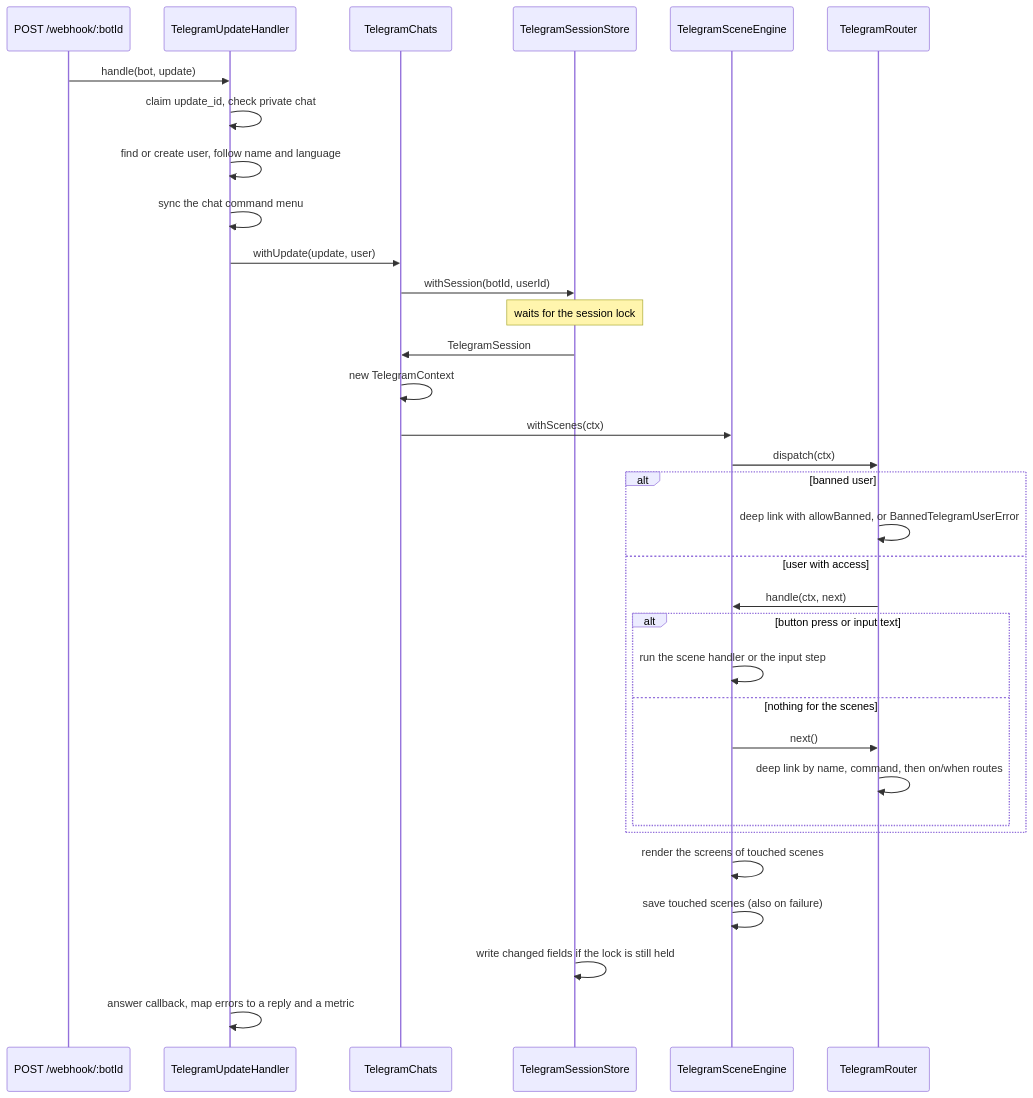
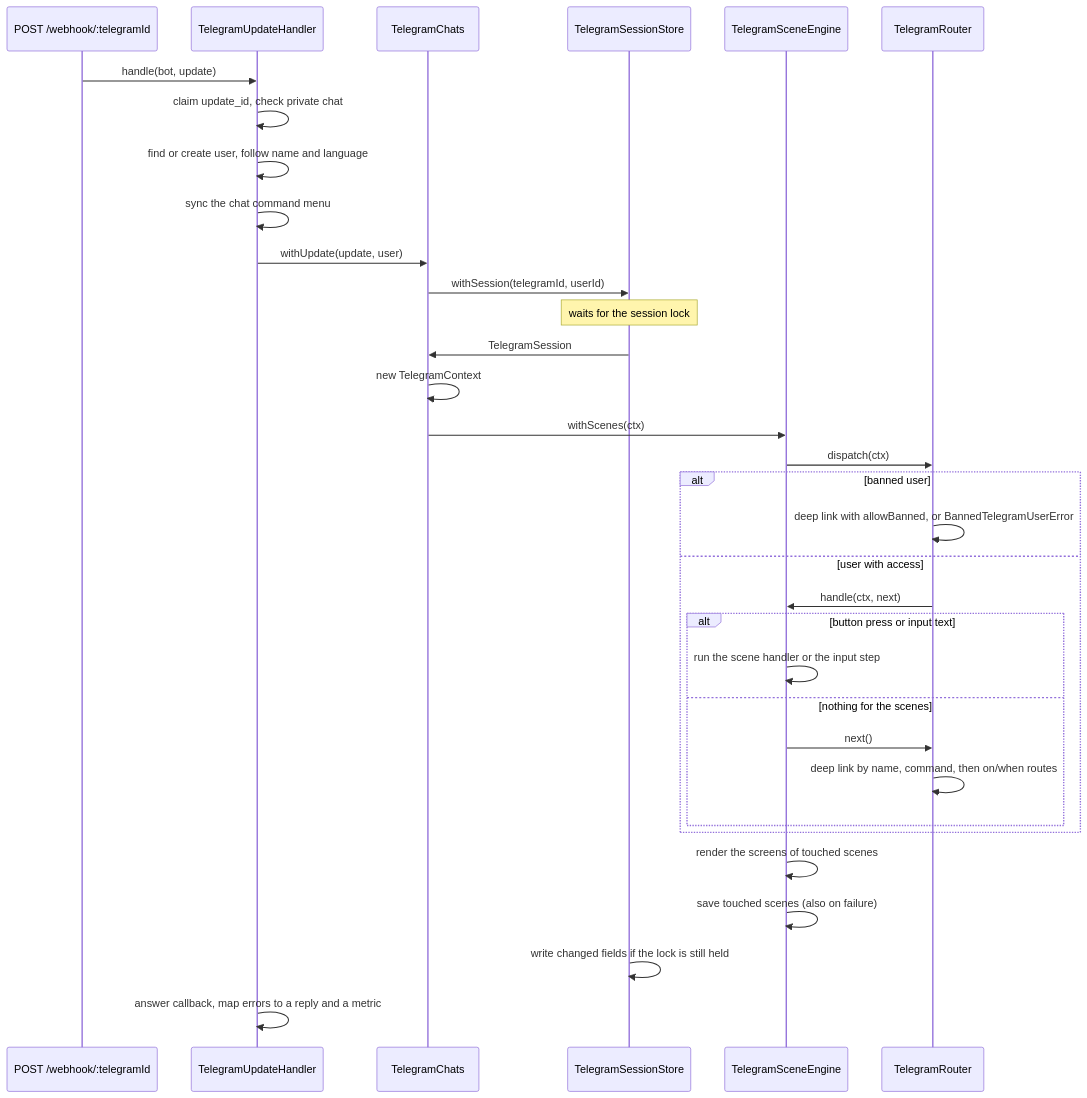
One commit to ayuvlasenko/smart-assistant changed the second of 6 diagrams in apps/server/src/plugins/app/telegram/README.md. Above: the diagram before and after it, drawn with Mermaid. The commit also changed other lines of this file and 19 other files, not shown here.

````diff
--- a/apps/server/src/plugins/app/telegram/README.md
+++ b/apps/server/src/plugins/app/telegram/README.md
@@ -302,36 +302,36 @@
 ```mermaid
 sequenceDiagram
-    participant R as POST /webhook/:botId
+    participant R as POST /webhook/:telegramId
     participant H as TelegramUpdateHandler
     participant C as TelegramChats
     participant S as TelegramSessionStore
     participant E as TelegramSceneEngine
     participant Rt as TelegramRouter
 
     R->>H: handle(bot, update)
     H->>H: claim update_id, check private chat
     H->>H: find or create user, follow name and language
     H->>H: sync the chat command menu
     H->>C: withUpdate(update, user)
-    C->>S: withSession(botId, userId)
+    C->>S: withSession(telegramId, userId)
     Note over S: waits for the session lock
     S->>C: TelegramSession
     C->>C: new TelegramContext
     C->>E: withScenes(ctx)
     E->>Rt: dispatch(ctx)
     alt banned user
         Rt->>Rt: deep link with allowBanned, or BannedTelegramUserError
     else user with access
         Rt->>E: handle(ctx, next)
         alt button press or input text
             E->>E: run the scene handler or the input step
         else nothing for the scenes
             E->>Rt: next()
             Rt->>Rt: deep link by name, command, then on/when routes
         end
     end
     E->>E: render the screens of touched scenes
     E->>E: save touched scenes (also on failure)
     S->>S: write changed fields if the lock is still held
     H->>H: answer callback, map errors to a reply and a metric
 ```
````
